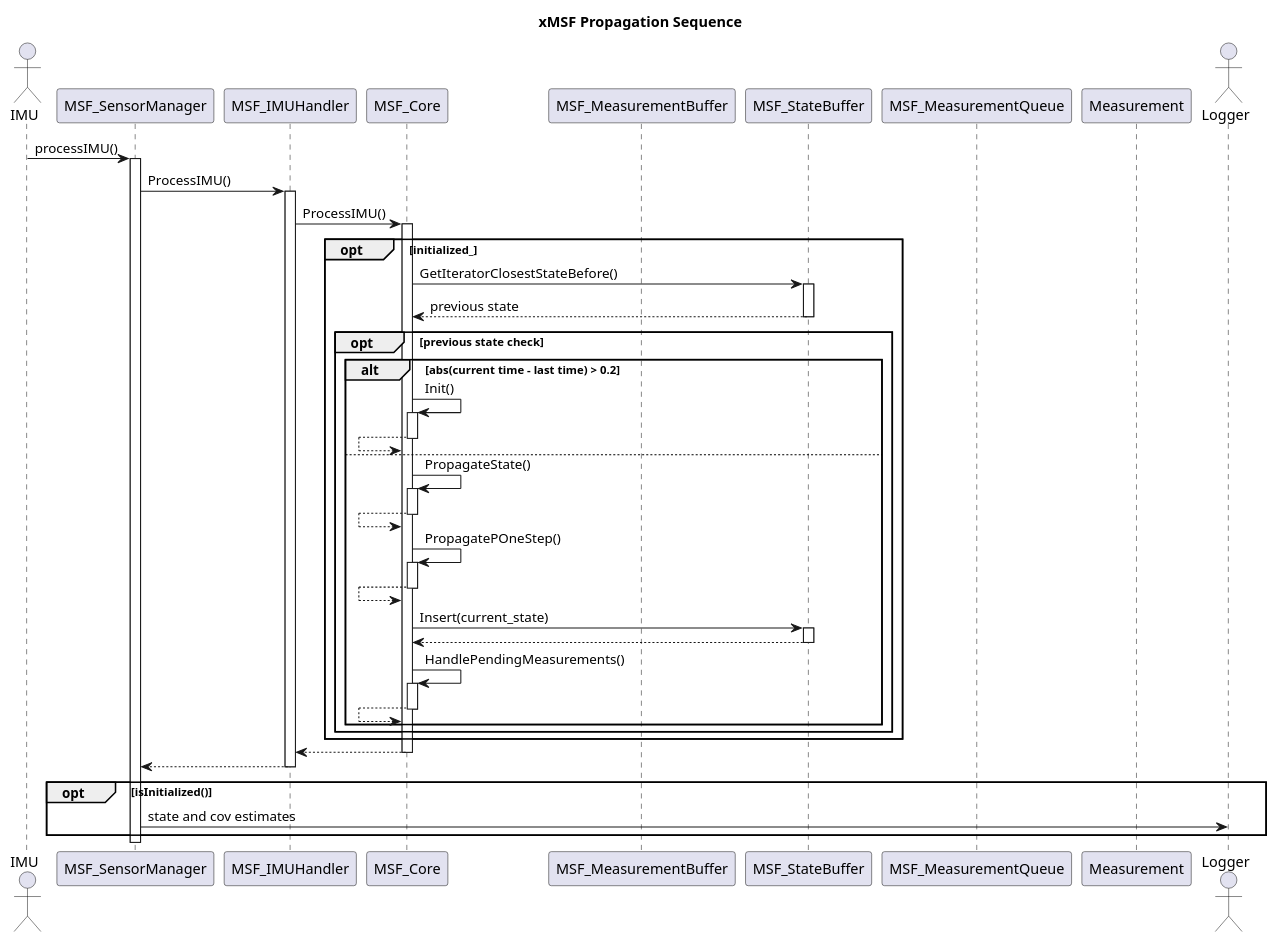
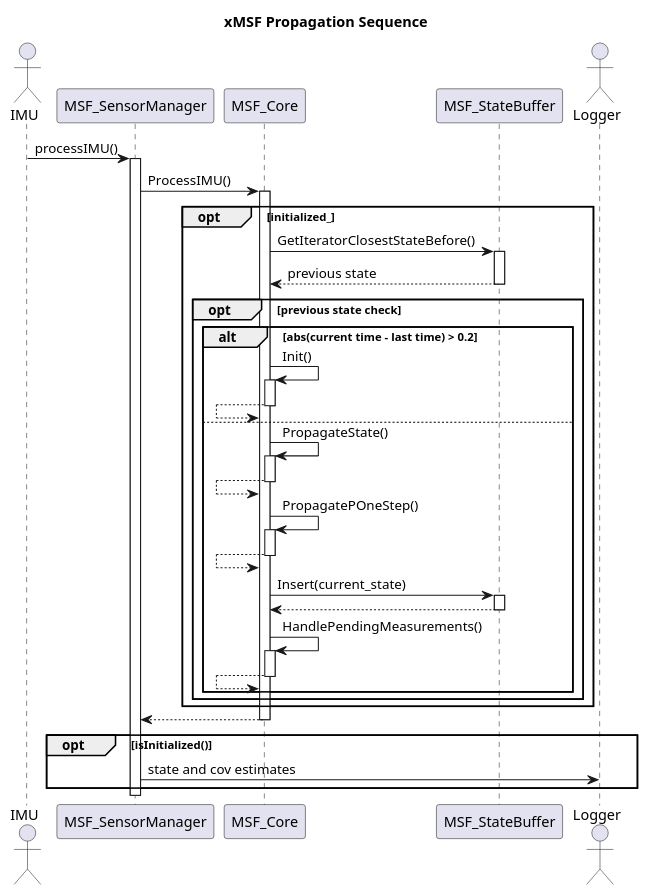
One commit to jpl-x/x_uml changed the diagram in seq_x_msf_propagation.md. Above: the diagram before and after it, drawn with PlantUML. The commit also changed 5 other files, not shown here.

````diff
--- a/seq_x_msf_propagation.md
+++ b/seq_x_msf_propagation.md
@@ -1,54 +1,48 @@
 ```plantuml
 @startuml
 
 title xMSF Propagation Sequence
 
 actor IMU
 participant MSF_SensorManager
-participant MSF_IMUHandler
 participant MSF_Core
-participant MSF_MeasurementBuffer
 participant MSF_StateBuffer
-participant MSF_MeasurementQueue
-participant Measurement
 actor Logger
 
 IMU->MSF_SensorManager++: processIMU()
-MSF_SensorManager->MSF_IMUHandler++: ProcessIMU()
-MSF_IMUHandler->MSF_Core++: ProcessIMU()
+MSF_SensorManager->MSF_Core++: ProcessIMU()
 
 opt initialized_
   
   MSF_Core->MSF_StateBuffer++: GetIteratorClosestStateBefore()
   MSF_Core<--MSF_StateBuffer--: previous state
 
   opt previous state check
     alt abs(current time - last time) > 0.2
       MSF_Core->MSF_Core++: Init()
       MSF_Core<--MSF_Core--
     else
       MSF_Core->MSF_Core++: PropagateState()
       MSF_Core<--MSF_Core--
       MSF_Core->MSF_Core++: PropagatePOneStep()
       MSF_Core<--MSF_Core--
       MSF_Core->MSF_StateBuffer++: Insert(current_state)
       MSF_Core<--MSF_StateBuffer--
       MSF_Core->MSF_Core++: HandlePendingMeasurements()
       MSF_Core<--MSF_Core--
     end
     
   end
 
 end
 
-MSF_IMUHandler<--MSF_Core--
-MSF_SensorManager<--MSF_IMUHandler--
+MSF_SensorManager<--MSF_Core--
 
 opt isInitialized()
   MSF_SensorManager->Logger: state and cov estimates
 end
 
 deactivate MSF_SensorManager
 
 @enduml
 ```
````
